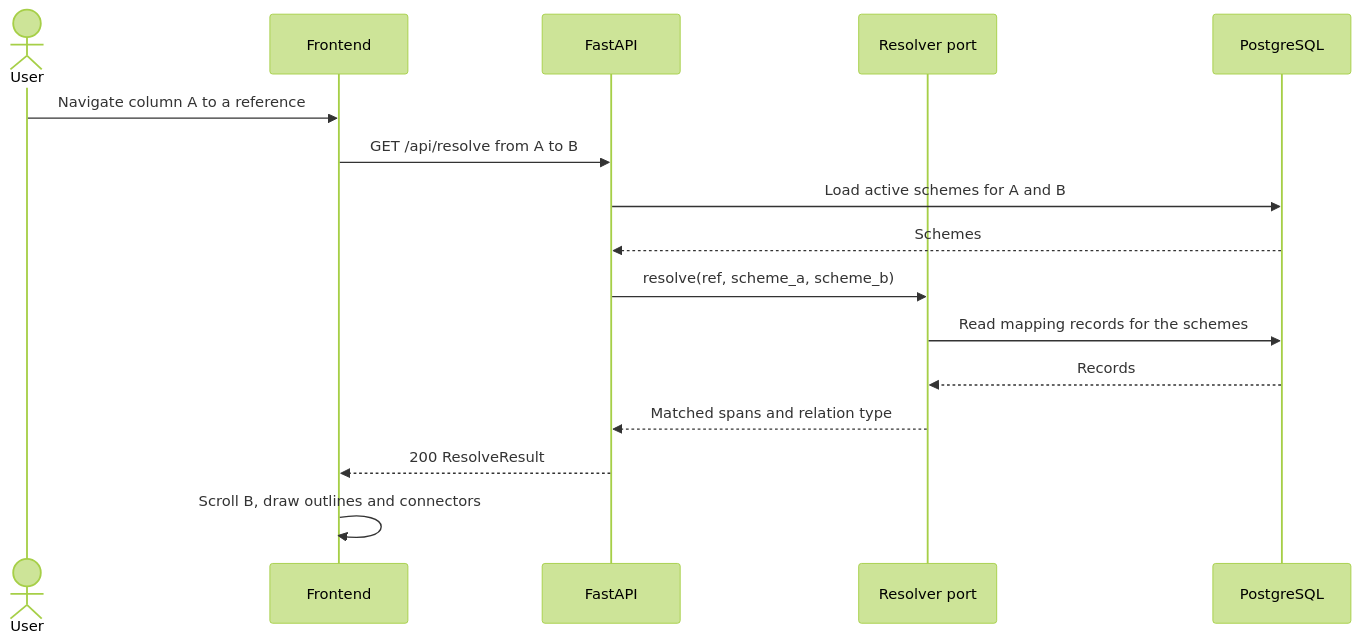
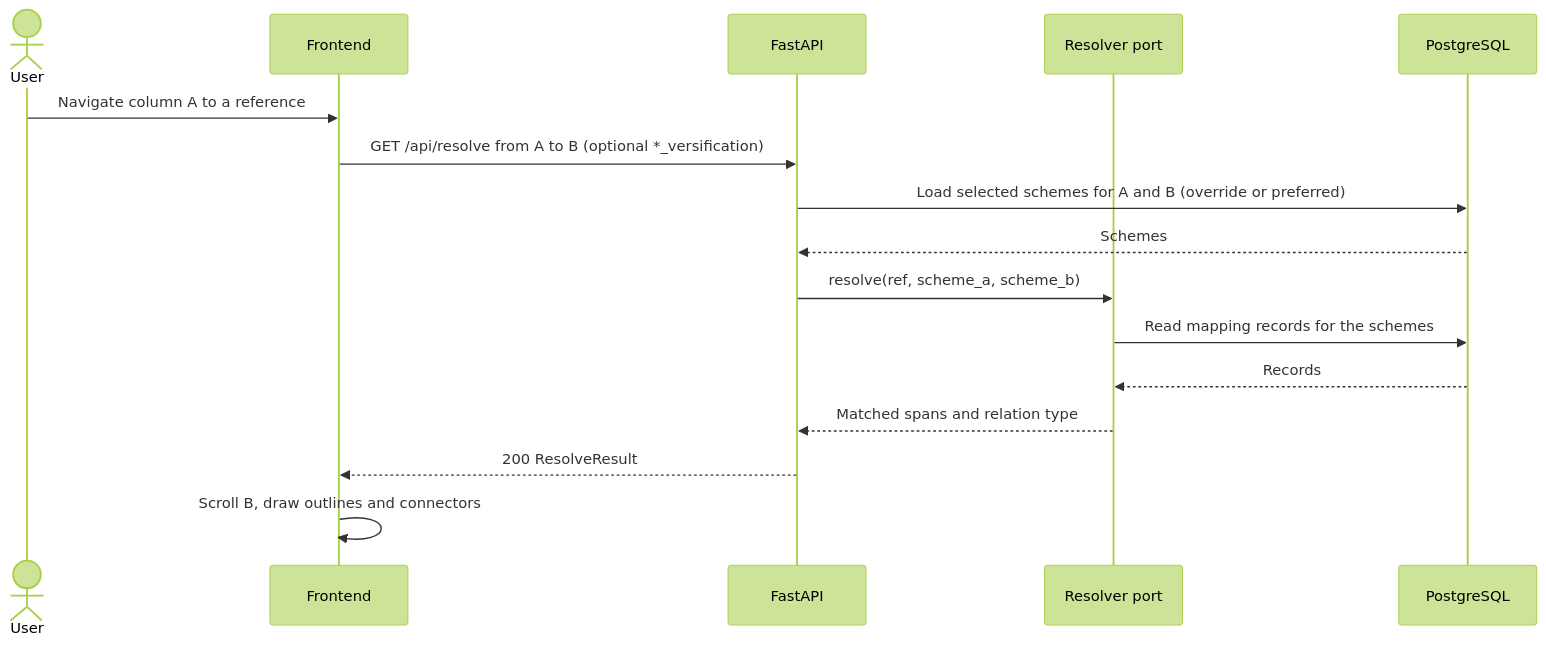
The fourth of 4 diagrams in .spec/frvt-3-server-db-api-design-1.md (genesis-ai-dev/versification-tool), drawn with Mermaid (forest theme) before and after one commit. The commit also changed other lines of this file and 37 other files, not shown here.

````diff
--- a/.spec/frvt-3-server-db-api-design-1.md
+++ b/.spec/frvt-3-server-db-api-design-1.md
@@ -624,18 +678,18 @@
 ```mermaid
 sequenceDiagram
   actor User
   participant UI as Frontend
   participant API as FastAPI
   participant R as Resolver port
   participant DB as PostgreSQL
   User->>UI: Navigate column A to a reference
-  UI->>API: GET /api/resolve from A to B
-  API->>DB: Load active schemes for A and B
+  UI->>API: GET /api/resolve from A to B (optional *_versification)
+  API->>DB: Load selected schemes for A and B (override or preferred)
   DB-->>API: Schemes
   API->>R: resolve(ref, scheme_a, scheme_b)
   R->>DB: Read mapping records for the schemes
   DB-->>R: Records
   R-->>API: Matched spans and relation type
   API-->>UI: 200 ResolveResult
   UI->>UI: Scroll B, draw outlines and connectors
 ```
````
